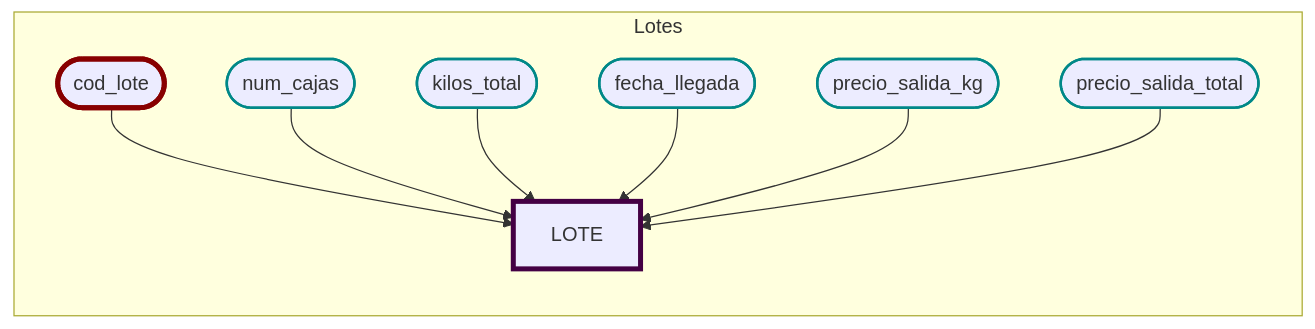
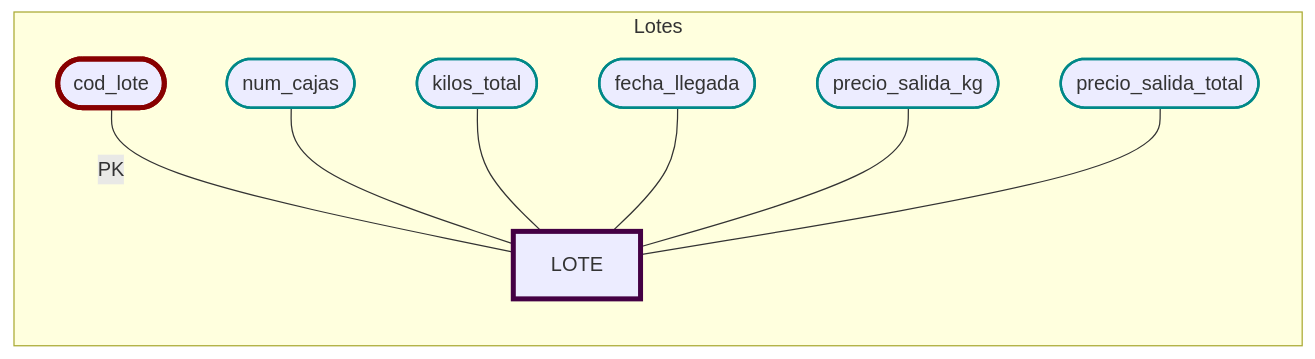
Before and after one commit to JulTob/Data: the first of 13 diagrams in DataBases/lonja_DB.md, drawn with Mermaid. The commit also changed other lines of this file, not shown here.

````diff
--- a/DataBases/lonja_DB.md
+++ b/DataBases/lonja_DB.md
@@ -28,18 +28,18 @@
 ```mermaid
 flowchart LR
   classDef atributo stroke:#088,stroke-width:2px;
   classDef pk stroke:#800,stroke-width:4px;
   classDef entidad stroke:#404,stroke-width:4px;
   classDef relacion stroke:#840,stroke-width:2px;
 
   %% Atributos LOTE
   subgraph Lotes
     Lote[LOTE]:::entidad
-    cod_lote([cod_lote]):::pk --> Lote
-    num_cajas([num_cajas]):::atributo --> Lote
-    kilos_total([kilos_total]):::atributo --> Lote
-    fecha_llegada([fecha_llegada]):::atributo --> Lote
-    precio_salida_kg([precio_salida_kg]):::atributo --> Lote
-    precio_salida_total([precio_salida_total]):::atributo --> Lote
+    cod_lote([cod_lote]):::pk ---|PK| Lote
+    num_cajas([num_cajas]):::atributo --- Lote
+    kilos_total([kilos_total]):::atributo --- Lote
+    fecha_llegada([fecha_llegada]):::atributo --- Lote
+    precio_salida_kg([precio_salida_kg]):::atributo --- Lote
+    precio_salida_total([precio_salida_total]):::atributo --- Lote
     end
 ```
````
